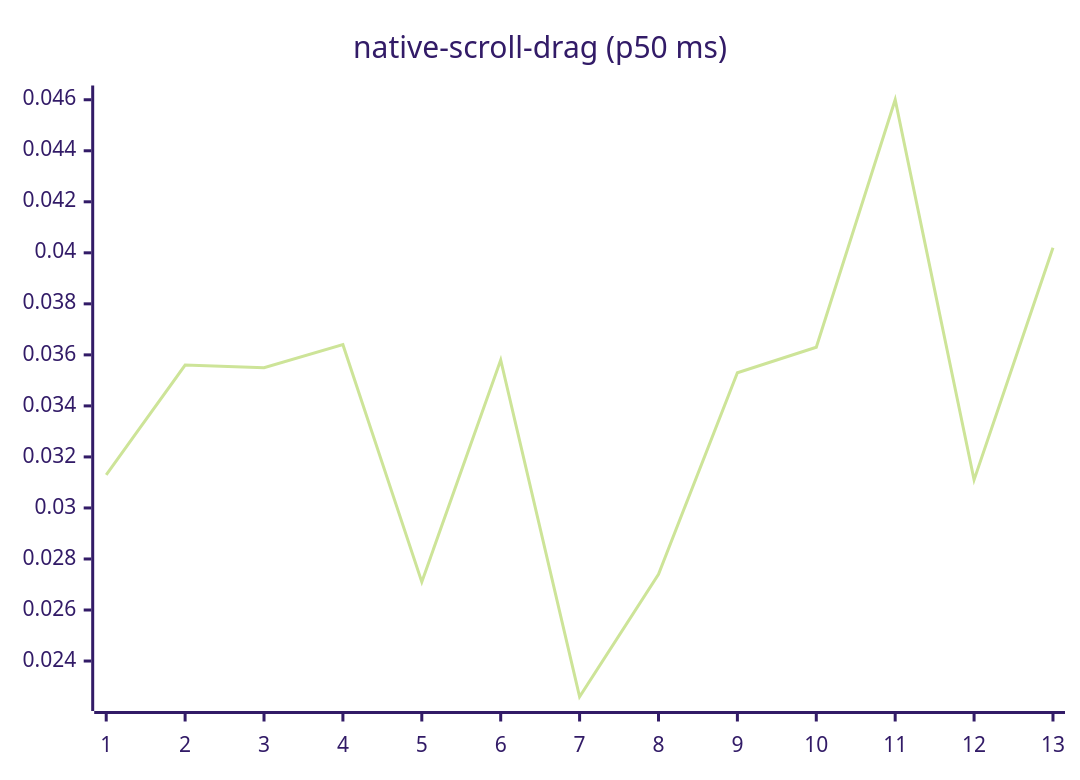
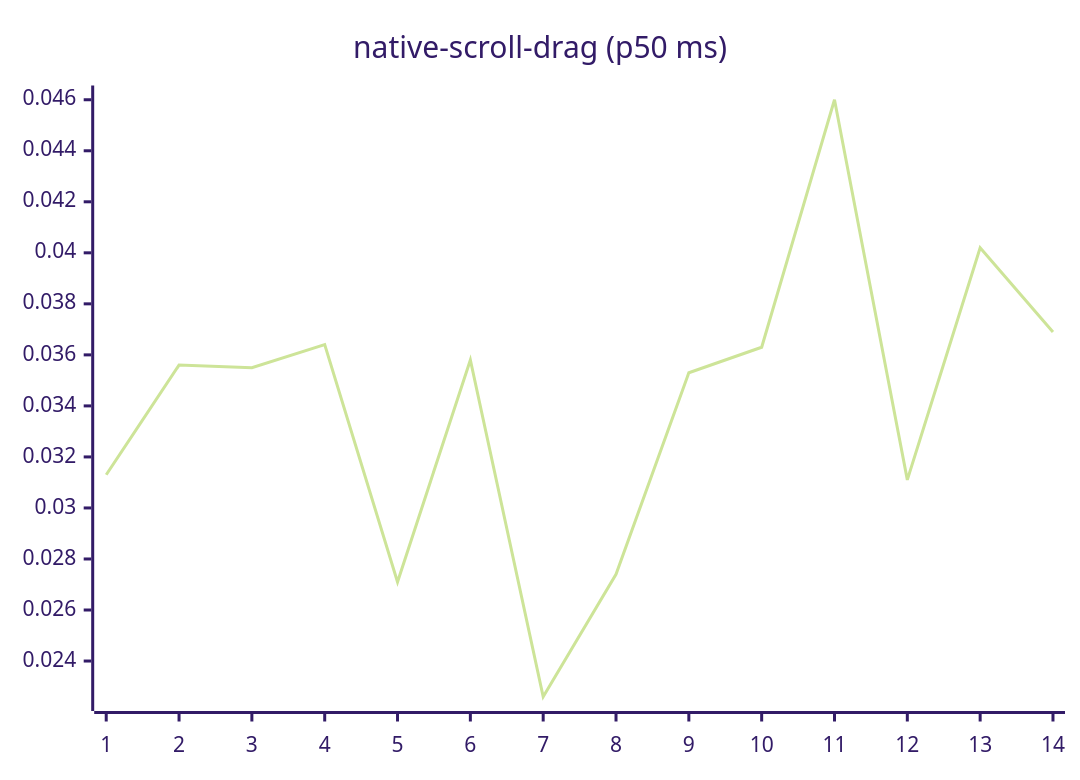
Before and after one commit to josha/Facet: diagram 14 of 27 in README.md, drawn with Mermaid (forest theme). The commit also changed other lines of this file and 2 other files, not shown here.

````diff
--- a/README.md
+++ b/README.md
@@ -154,6 +154,6 @@
 ```mermaid
 xychart-beta
     title "native-scroll-drag (p50 ms)"
-    x-axis 1 --> 13
-    line [0.0313, 0.0356, 0.0355, 0.0364, 0.0271, 0.0358, 0.0226, 0.0274, 0.0353, 0.0363, 0.0460, 0.0311, 0.0402]
+    x-axis 1 --> 14
+    line [0.0313, 0.0356, 0.0355, 0.0364, 0.0271, 0.0358, 0.0226, 0.0274, 0.0353, 0.0363, 0.0460, 0.0311, 0.0402, 0.0369]
 ```
````
